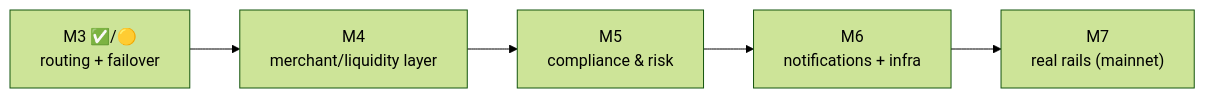
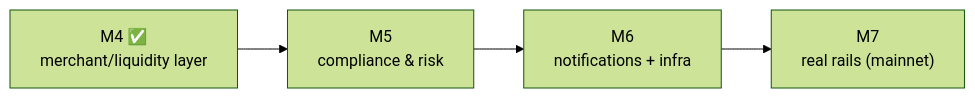
Before and after one commit to unabrijed/frenspay: the diagram in monorepo/docs/13-future-milestones.md, drawn with Mermaid (forest theme). The commit also changed other lines of this file and 8 other files, not shown here.

````diff
--- a/monorepo/docs/13-future-milestones.md
+++ b/monorepo/docs/13-future-milestones.md
@@ -8,7 +9,6 @@
 ```mermaid
 flowchart LR
-    M3["M3 ✅/🟡<br/>routing + failover"] --> M4["M4<br/>merchant/liquidity layer"]
-    M4 --> M5["M5<br/>compliance & risk"]
+    M4["M4 ✅<br/>merchant/liquidity layer"] --> M5["M5<br/>compliance & risk"]
     M5 --> M6["M6<br/>notifications + infra"]
     M6 --> M7["M7<br/>real rails (mainnet)"]
 ```
````
